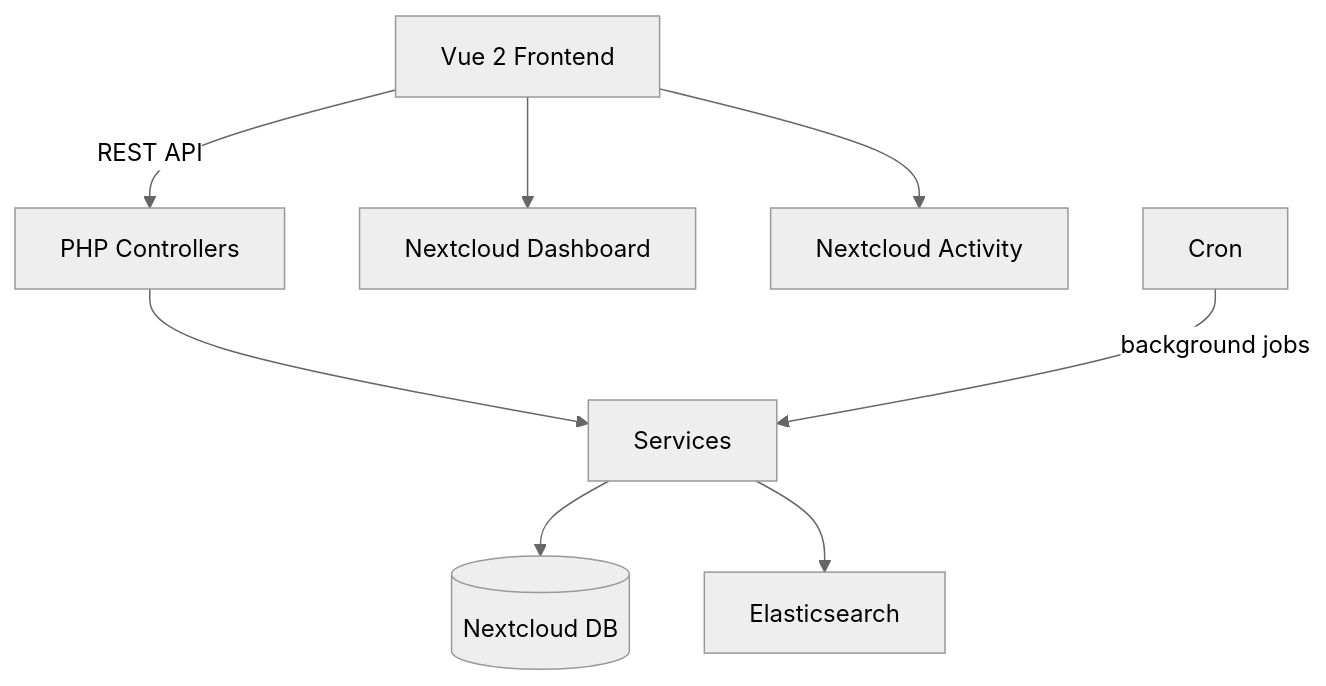
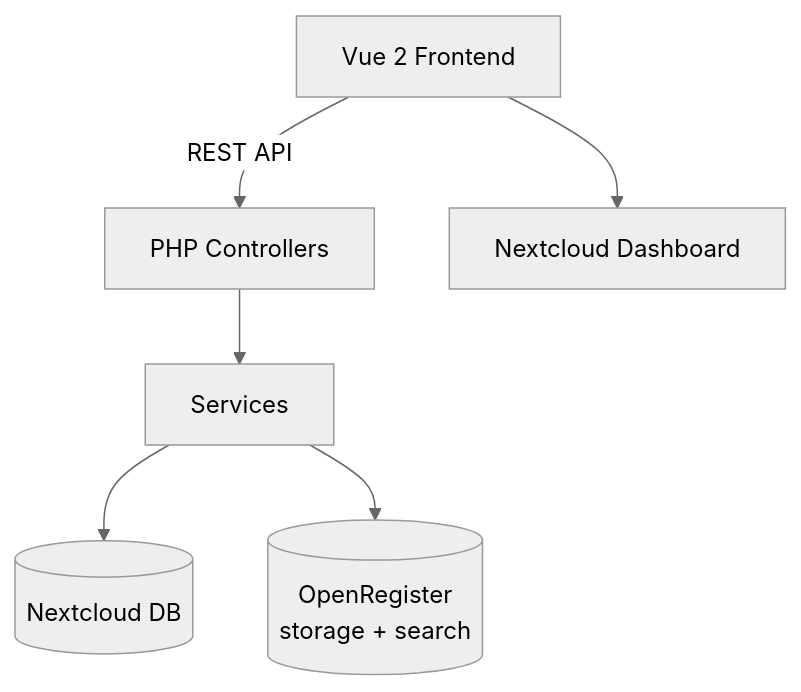
Before and after one commit to ConductionNL/zaakafhandelapp: the diagram in README.md, drawn with Mermaid (neutral theme). The commit also changed other lines of this file and 1 other file, not shown here.

````diff
--- a/README.md
+++ b/README.md
@@ -72,10 +72,8 @@
 ```mermaid
 graph TD
     A[Vue 2 Frontend] -->|REST API| B[PHP Controllers]
     B --> C[Services]
     C --> D[(Nextcloud DB)]
-    C --> E[Elasticsearch]
+    C --> E[(OpenRegister<br/>storage + search)]
     A --> F[Nextcloud Dashboard]
-    A --> G[Nextcloud Activity]
-    H[Cron] -->|background jobs| C
 ```
````
